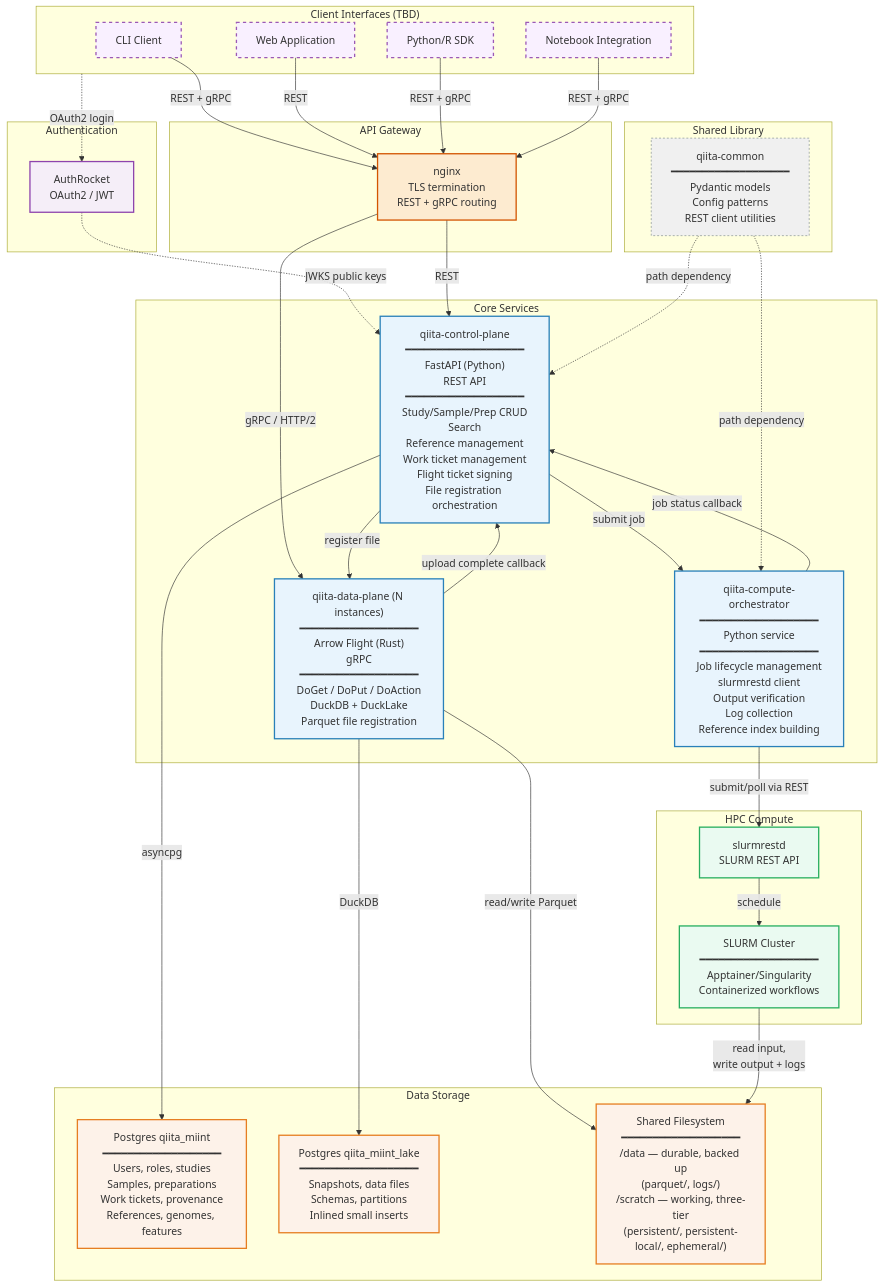
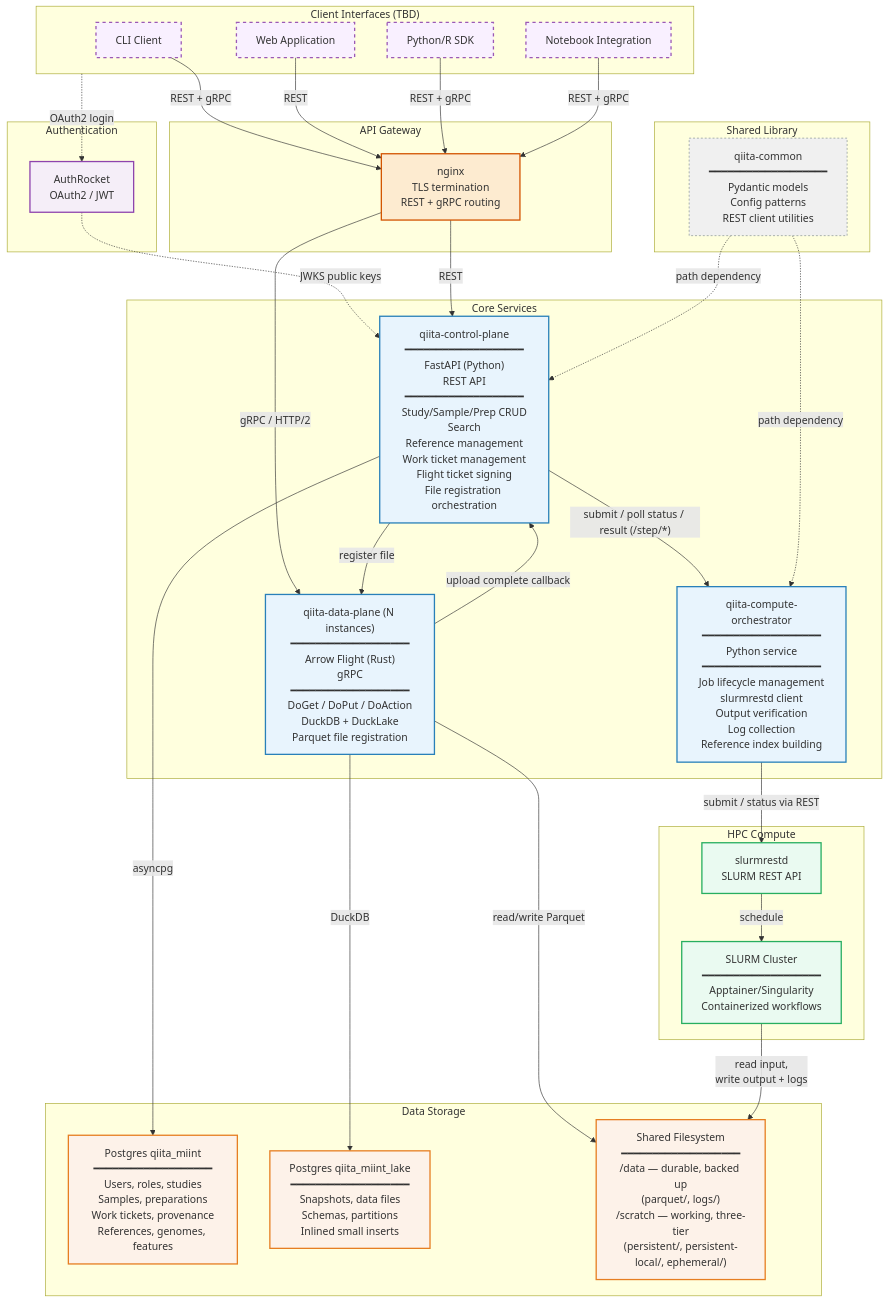
The first of 4 diagrams in docs/architecture.md (the-miint/Qiita), drawn with Mermaid before and after one commit. The commit also changed other lines of this file and 50 other files, not shown here.

```diff
--- a/docs/architecture.md
+++ b/docs/architecture.md
@@ -59,8 +59,7 @@
     NX -->|gRPC / HTTP/2| DP
 
     %% Service interactions
-    CP -->|"submit job"| CO
-    CO -->|"job status callback"| CP
+    CP -->|"submit / poll status / result (/step/*)"| CO
     DP -->|"upload complete callback"| CP
     CP -->|"register file"| DP
 
@@ -69,7 +68,7 @@
     COMMON -.->|"path dependency"| CO
 
     %% Compute
-    CO -->|"submit/poll via REST"| SR
+    CO -->|"submit / status via REST"| SR
     SR -->|"schedule"| SL
 
     %% Storage
```
